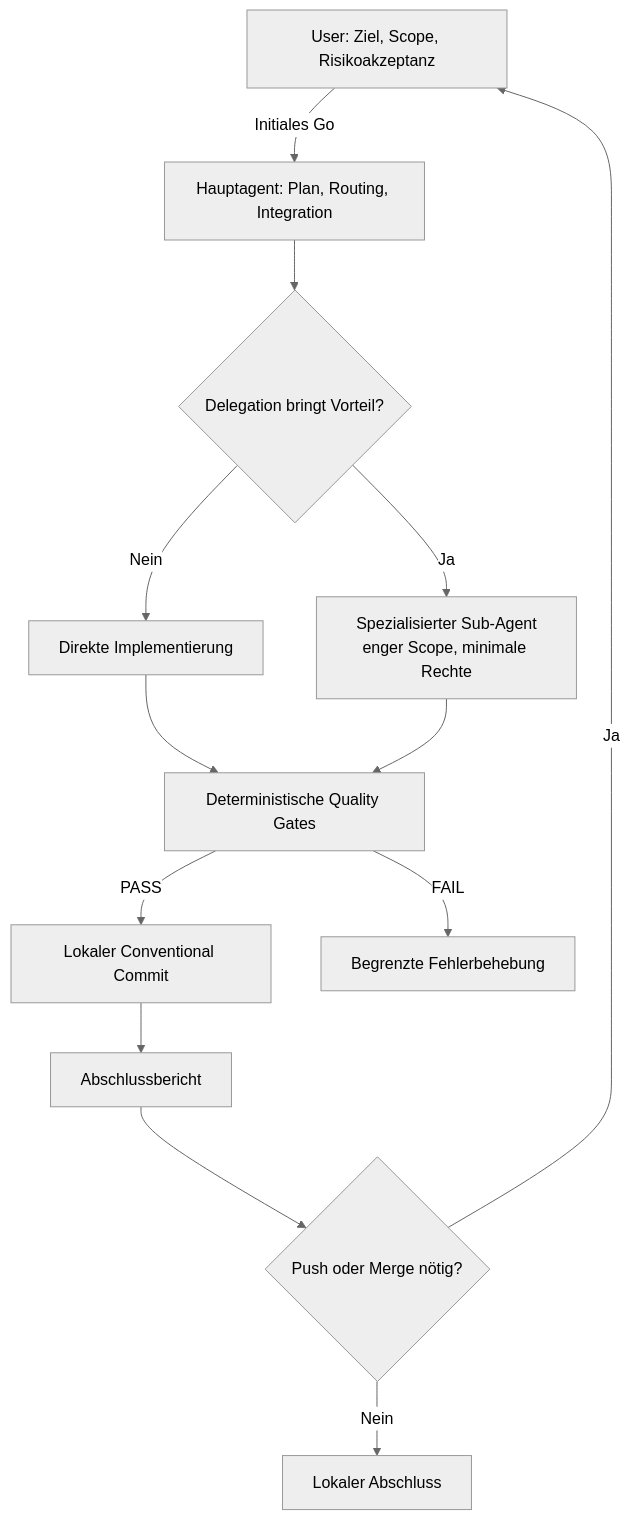
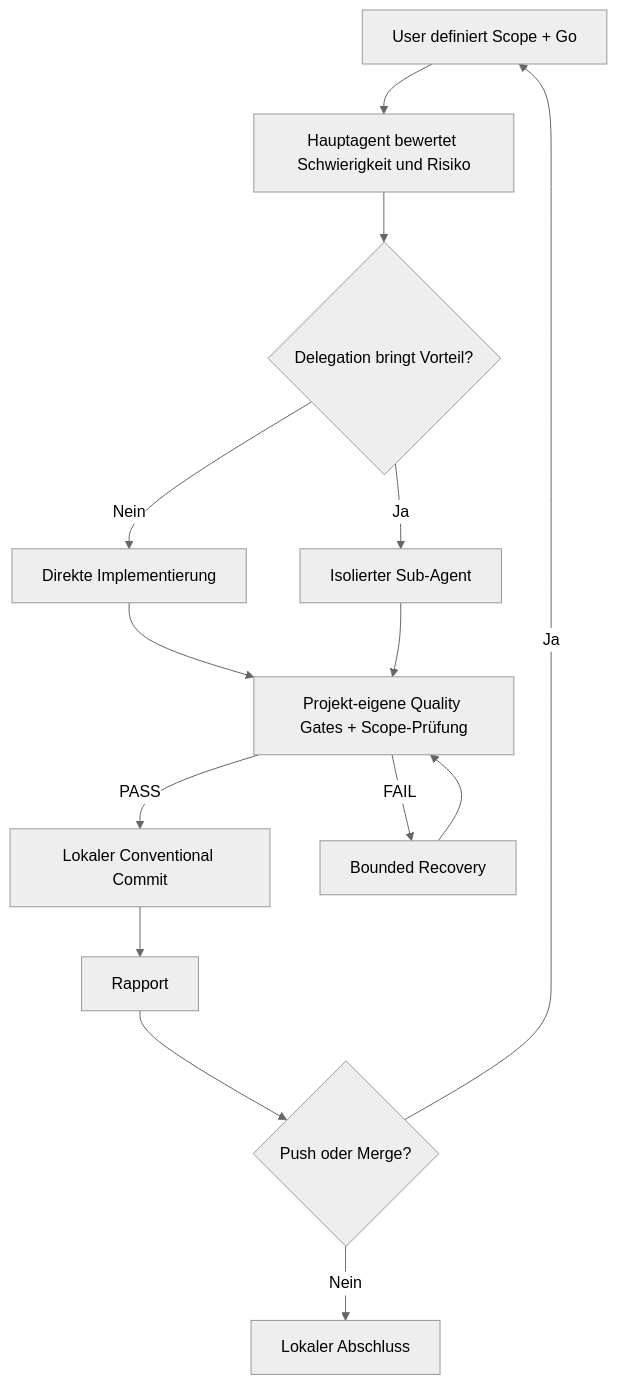
The second of 2 diagrams in docs/01-architektur.md (pancoda-software/portable-agentic-policy-kit), drawn with Mermaid (neutral theme) before and after one commit. The commit also changed other lines of this file and 35 other files, not shown here.

````diff
--- a/docs/01-architektur.md
+++ b/docs/01-architektur.md
@@ -44,15 +36,16 @@
 ```mermaid
 flowchart TD
-    U["User: Ziel, Scope, Risikoakzeptanz"] -->|"Initiales Go"| MAIN["Hauptagent: Plan, Routing, Integration"]
+    U["User definiert Scope + Go"] --> MAIN["Hauptagent bewertet Schwierigkeit und Risiko"]
     MAIN --> D{"Delegation bringt Vorteil?"}
     D -->|Nein| SELF["Direkte Implementierung"]
-    D -->|Ja| SUB["Spezialisierter Sub-Agent\nenger Scope, minimale Rechte"]
-    SELF --> GATE["Deterministische Quality Gates"]
-    SUB --> GATE
-    GATE -->|PASS| COMMIT["Lokaler Conventional Commit"]
-    GATE -->|FAIL| TRIAGE["Begrenzte Fehlerbehebung"]
-    COMMIT --> RPT["Abschlussbericht"]
-    RPT --> PUSH{"Push oder Merge nötig?"}
-    PUSH -->|Ja| U
-    PUSH -->|Nein| DONE["Lokaler Abschluss"]
+    D -->|Ja| SUB["Isolierter Sub-Agent"]
+    SELF --> Q["Projekt-eigene Quality Gates + Scope-Prüfung"]
+    SUB --> Q
+    Q -->|PASS| COMMIT["Lokaler Conventional Commit"]
+    Q -->|FAIL| FIX["Bounded Recovery"]
+    FIX --> Q
+    COMMIT --> R["Rapport"]
+    R --> REMOTE{"Push oder Merge?"}
+    REMOTE -->|Ja| U
+    REMOTE -->|Nein| DONE["Lokaler Abschluss"]
 ```
````
